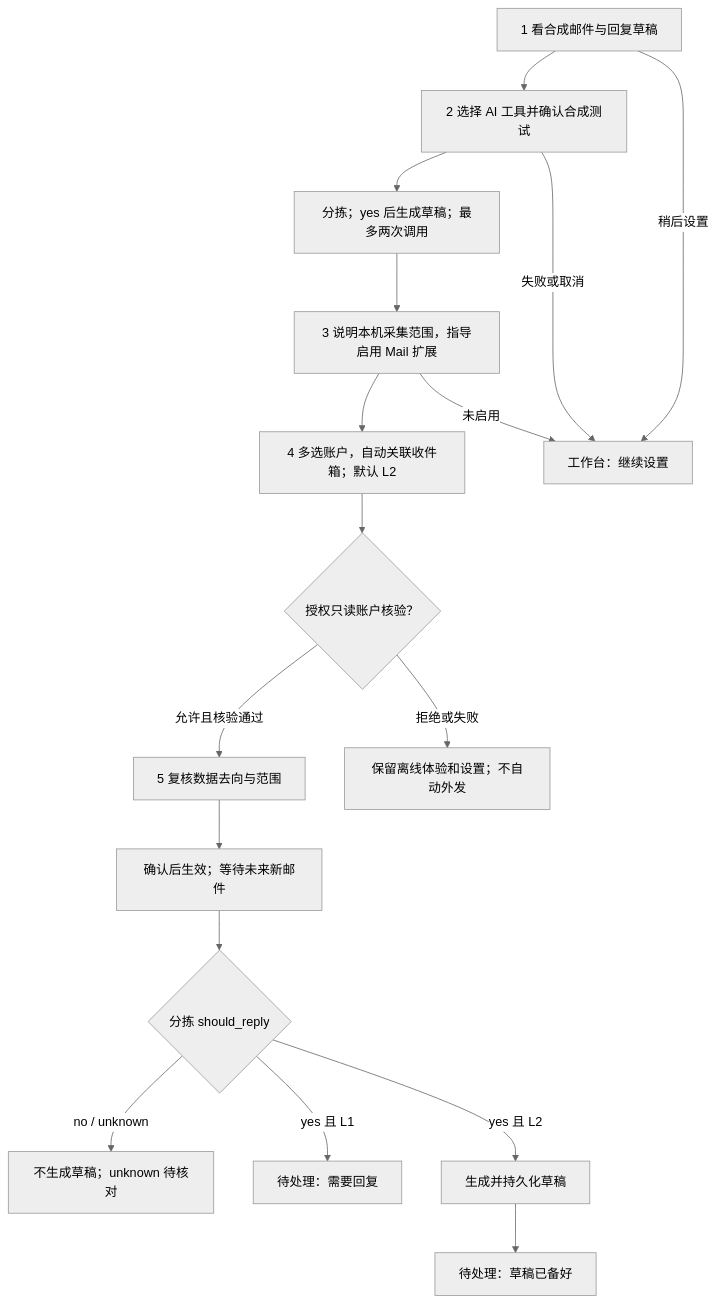
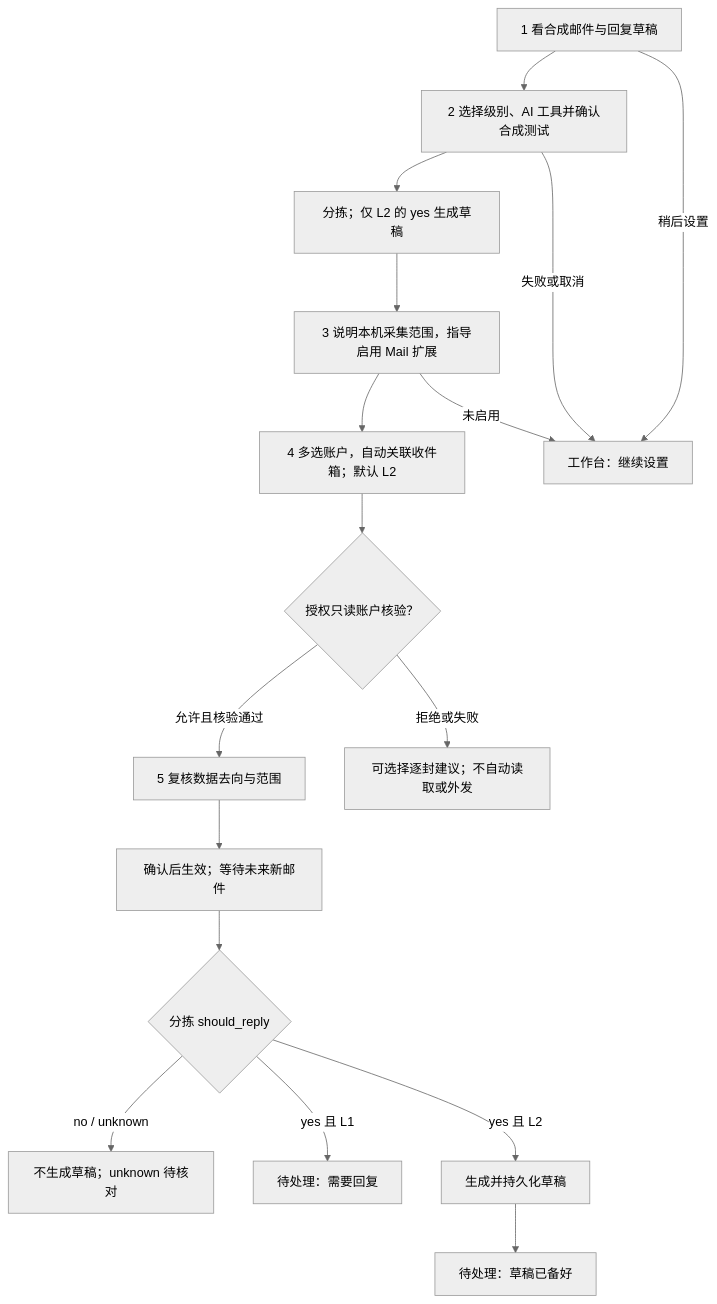
One commit to cobbcheng/Mailpipe changed the diagram in docs/onboarding.md. Above: the diagram before and after it, drawn with Mermaid (neutral theme). The commit also changed other lines of this file and 19 other files, not shown here.

````diff
--- a/docs/onboarding.md
+++ b/docs/onboarding.md
@@ -92,19 +92,19 @@
 ```mermaid
 flowchart TD
-  A["1 看合成邮件与回复草稿"] --> B["2 选择 AI 工具并确认合成测试"]
-  B --> C["分拣；yes 后生成草稿；最多两次调用"]
+  A["1 看合成邮件与回复草稿"] --> B["2 选择级别、AI 工具并确认合成测试"]
+  B --> C["分拣；仅 L2 的 yes 生成草稿"]
   C --> D["3 说明本机采集范围，指导启用 Mail 扩展"]
   D --> E["4 多选账户，自动关联收件箱；默认 L2"]
   E --> F{"授权只读账户核验？"}
   F -- "允许且核验通过" --> G["5 复核数据去向与范围"]
-  F -- "拒绝或失败" --> H["保留离线体验和设置；不自动外发"]
+  F -- "拒绝或失败" --> H["可选择逐封建议；不自动读取或外发"]
   G --> I["确认后生效；等待未来新邮件"]
   I --> J{"分拣 should_reply"}
   J -- "no / unknown" --> K["不生成草稿；unknown 待核对"]
   J -- "yes 且 L1" --> L["待处理：需要回复"]
   J -- "yes 且 L2" --> M["生成并持久化草稿"]
   M --> N["待处理：草稿已备好"]
   A -- "稍后设置" --> O["工作台：继续设置"]
   B -- "失败或取消" --> O
   D -- "未启用" --> O
 ```
````
